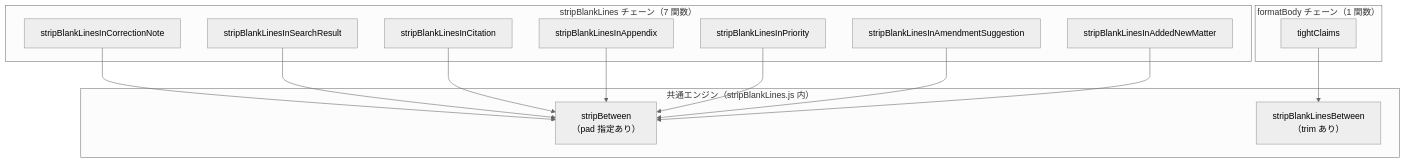
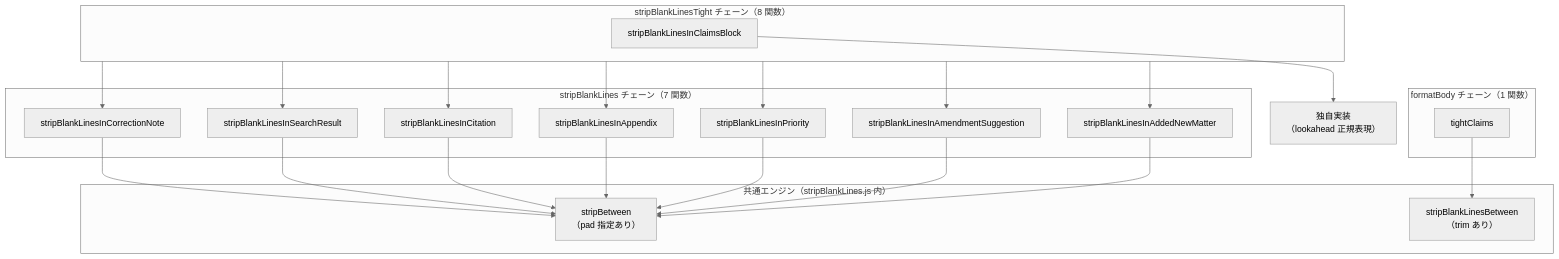
Before and after one commit to tmusimesabaoi4i/Patent_Decision_Document_Converter_v2: the diagram in js/stripBlankLines.md, drawn with Mermaid (neutral theme). The commit also changed other lines of this file, not shown here.

````diff
--- a/js/stripBlankLines.md
+++ b/js/stripBlankLines.md
@@ -10,24 +10,30 @@
 ```mermaid
 flowchart TD
   subgraph engines["共通エンジン（stripBlankLines.js 内）"]
     SB["stripBetween<br>（pad 指定あり）"]
     SBB["stripBlankLinesBetween<br>（trim あり）"]
   end
 
   subgraph stripChain["stripBlankLines チェーン（7 関数）"]
     F1["stripBlankLinesInCorrectionNote"]
     F2["stripBlankLinesInSearchResult"]
     F3["stripBlankLinesInCitation"]
     F4["stripBlankLinesInAppendix"]
     F5["stripBlankLinesInPriority"]
     F6["stripBlankLinesInAmendmentSuggestion"]
     F7["stripBlankLinesInAddedNewMatter"]
   end
 
+  subgraph stripTightChain["stripBlankLinesTight チェーン（8 関数）"]
+    F8["stripBlankLinesInClaimsBlock"]
+  end
+
   subgraph formatBodyChain["formatBody チェーン（1 関数）"]
     TC["tightClaims"]
   end
 
   F1 & F2 & F3 & F4 & F5 & F6 & F7 --> SB
+  stripTightChain --> F1 & F2 & F3 & F4 & F5 & F6 & F7
+  F8 --> CLB["独自実装<br>（lookahead 正規表現）"]
   TC --> SBB
 ```
````
